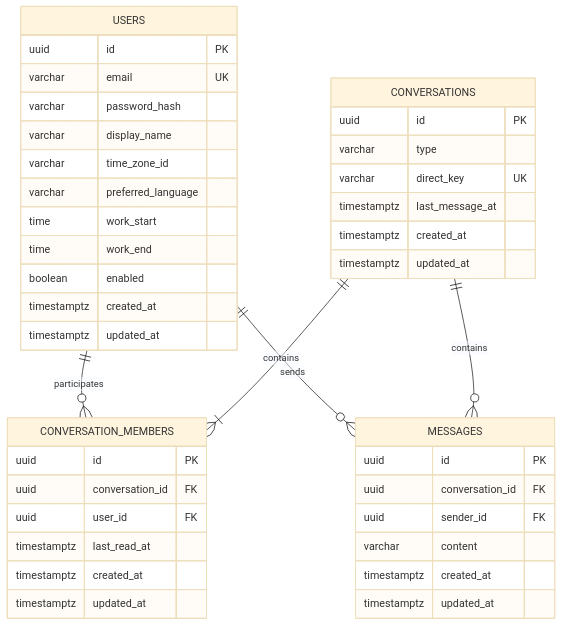
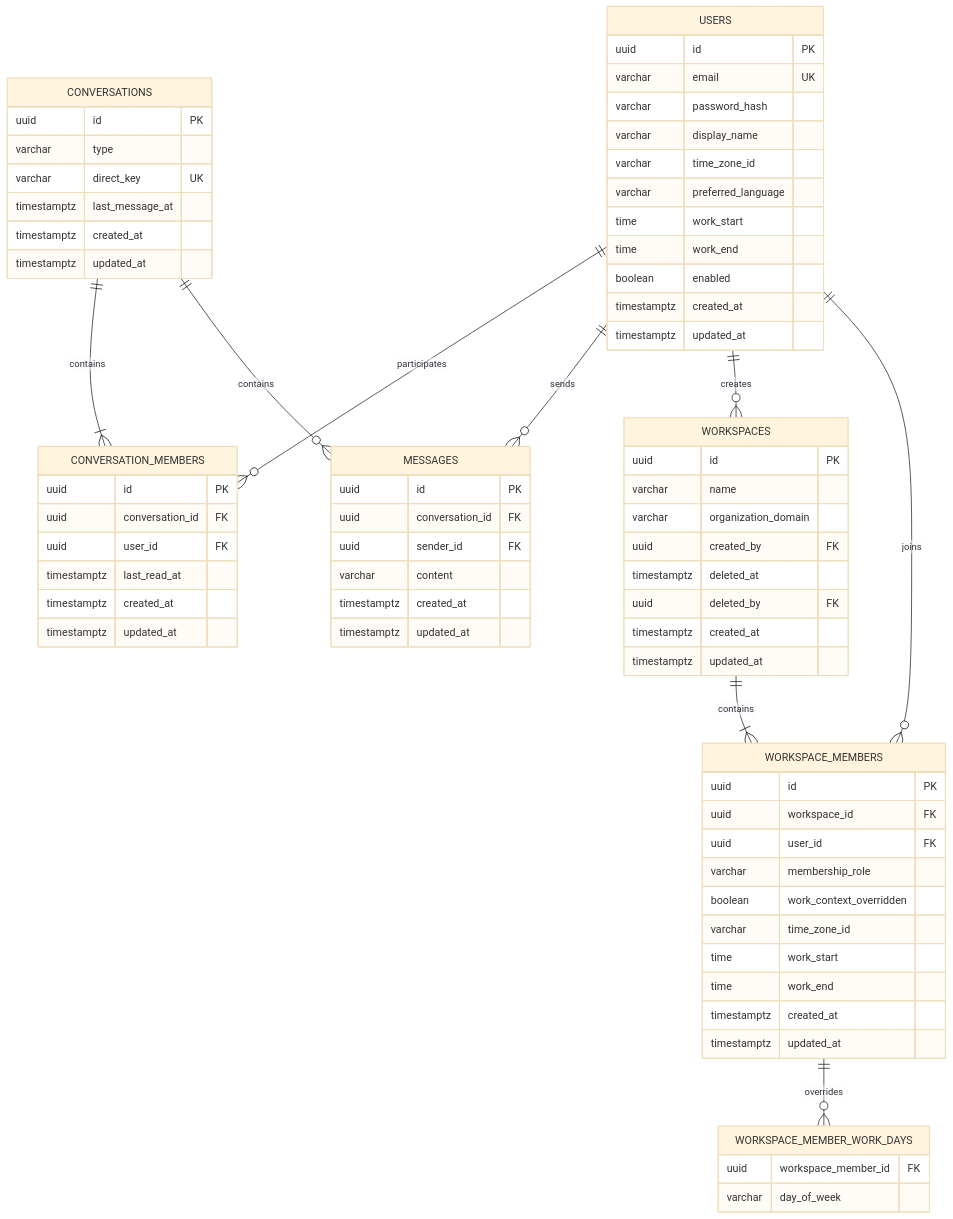
The diagram in docs/ERD.md (LikeLion-Hackathon-Borderless/BE), drawn with Mermaid (base theme) before and after one commit. The commit also changed other lines of this file and 23 other files, not shown here.

````diff
--- a/docs/ERD.md
+++ b/docs/ERD.md
@@ -3,48 +3,81 @@
 ```mermaid
 erDiagram
     USERS ||--o{ CONVERSATION_MEMBERS : participates
     CONVERSATIONS ||--|{ CONVERSATION_MEMBERS : contains
     USERS ||--o{ MESSAGES : sends
     CONVERSATIONS ||--o{ MESSAGES : contains
+    USERS ||--o{ WORKSPACES : creates
+    USERS ||--o{ WORKSPACE_MEMBERS : joins
+    WORKSPACES ||--|{ WORKSPACE_MEMBERS : contains
+    WORKSPACE_MEMBERS ||--o{ WORKSPACE_MEMBER_WORK_DAYS : overrides
 
     USERS {
         uuid id PK
         varchar email UK
         varchar password_hash
         varchar display_name
         varchar time_zone_id
         varchar preferred_language
         time work_start
         time work_end
         boolean enabled
         timestamptz created_at
         timestamptz updated_at
     }
 
     CONVERSATIONS {
         uuid id PK
         varchar type
         varchar direct_key UK
         timestamptz last_message_at
         timestamptz created_at
         timestamptz updated_at
     }
 
     CONVERSATION_MEMBERS {
         uuid id PK
         uuid conversation_id FK
         uuid user_id FK
         timestamptz last_read_at
         timestamptz created_at
         timestamptz updated_at
     }
 
     MESSAGES {
         uuid id PK
         uuid conversation_id FK
         uuid sender_id FK
         varchar content
         timestamptz created_at
         timestamptz updated_at
     }
+
+    WORKSPACES {
+        uuid id PK
+        varchar name
+        varchar organization_domain
+        uuid created_by FK
+        timestamptz deleted_at
+        uuid deleted_by FK
+        timestamptz created_at
+        timestamptz updated_at
+    }
+
+    WORKSPACE_MEMBERS {
+        uuid id PK
+        uuid workspace_id FK
+        uuid user_id FK
+        varchar membership_role
+        boolean work_context_overridden
+        varchar time_zone_id
+        time work_start
+        time work_end
+        timestamptz created_at
+        timestamptz updated_at
+    }
+
+    WORKSPACE_MEMBER_WORK_DAYS {
+        uuid workspace_member_id FK
+        varchar day_of_week
+    }
 ```
````
